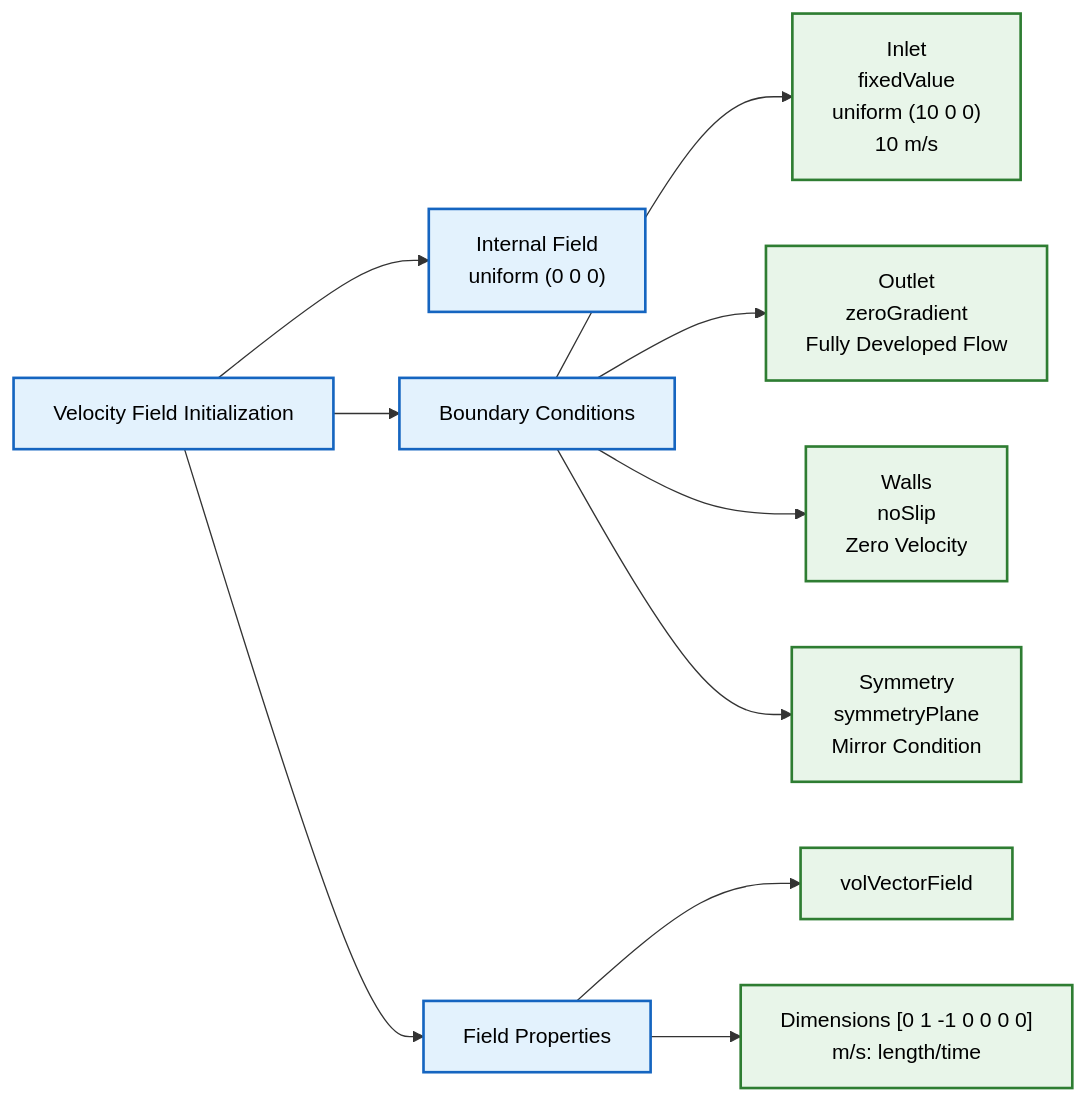
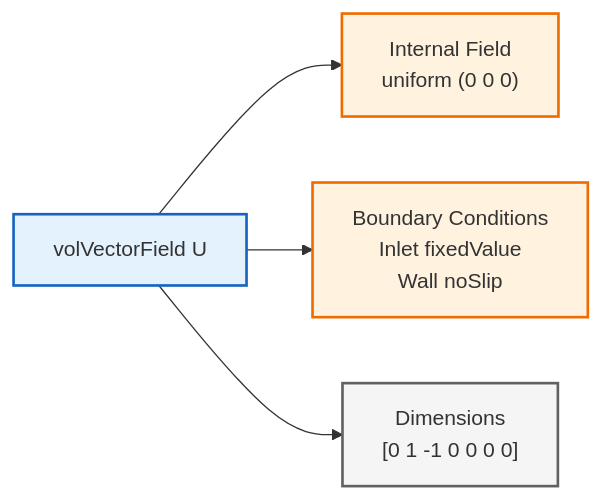
One commit to wramet/build-my-cfd changed the second of 3 diagrams in MODULE_01_CFD_FUNDAMENTALS/CONTENT/01_GOVERNING_EQUATIONS/07_Initial_Conditions.md. Above: the diagram before and after it, drawn with Mermaid. The commit also changed other lines of this file and 313 other files, not shown here.

Commit message:
Revise all diagram

````diff
--- a/MODULE_01_CFD_FUNDAMENTALS/CONTENT/01_GOVERNING_EQUATIONS/07_Initial_Conditions.md
+++ b/MODULE_01_CFD_FUNDAMENTALS/CONTENT/01_GOVERNING_EQUATIONS/07_Initial_Conditions.md
@@ -91,20 +74,14 @@
 ```mermaid
 graph LR
-    A["Velocity Field Initialization"] --> B["Internal Field<br/>uniform (0 0 0)"]
-    A --> C["Boundary Conditions"]
-    C --> D["Inlet<br/>fixedValue<br/>uniform (10 0 0)<br/>10 m/s"]
-    C --> E["Outlet<br/>zeroGradient<br/>Fully Developed Flow"]
-    C --> F["Walls<br/>noSlip<br/>Zero Velocity"]
-    C --> G["Symmetry<br/>symmetryPlane<br/>Mirror Condition"]
-    A --> H["Field Properties"]
-    H --> I["volVectorField"]
-    H --> J["Dimensions [0 1 -1 0 0 0 0]<br/>m/s: length/time"]
+classDef field fill:#e3f2fd,stroke:#1565c0,stroke-width:2px
+classDef data fill:#fff3e0,stroke:#ef6c00,stroke-width:2px
+classDef struct fill:#f5f5f5,stroke:#616161,stroke-width:2px
+Field["volVectorField U"]:::field
+Int["Internal Field<br/>uniform (0 0 0)"]:::data
+BCs["Boundary Conditions<br/>Inlet fixedValue<br/>Wall noSlip"]:::data
+Dims["Dimensions<br/>[0 1 -1 0 0 0 0]"]:::struct
 
-    %% Styling Definitions
-    classDef process fill:#e3f2fd,stroke:#1565c0,stroke-width:2px,color:#000;
-    classDef decision fill:#fff9c4,stroke:#fbc02d,stroke-width:2px,color:#000;
-    classDef terminator fill:#ffebee,stroke:#c62828,stroke-width:2px,color:#000;
-    classDef storage fill:#e8f5e9,stroke:#2e7d32,stroke-width:2px,color:#000;
-    class A,B,C,H process;
-    class D,E,F,G,I,J storage;
+Field --> Int
+Field --> BCs
+Field --> Dims
 ```
````
